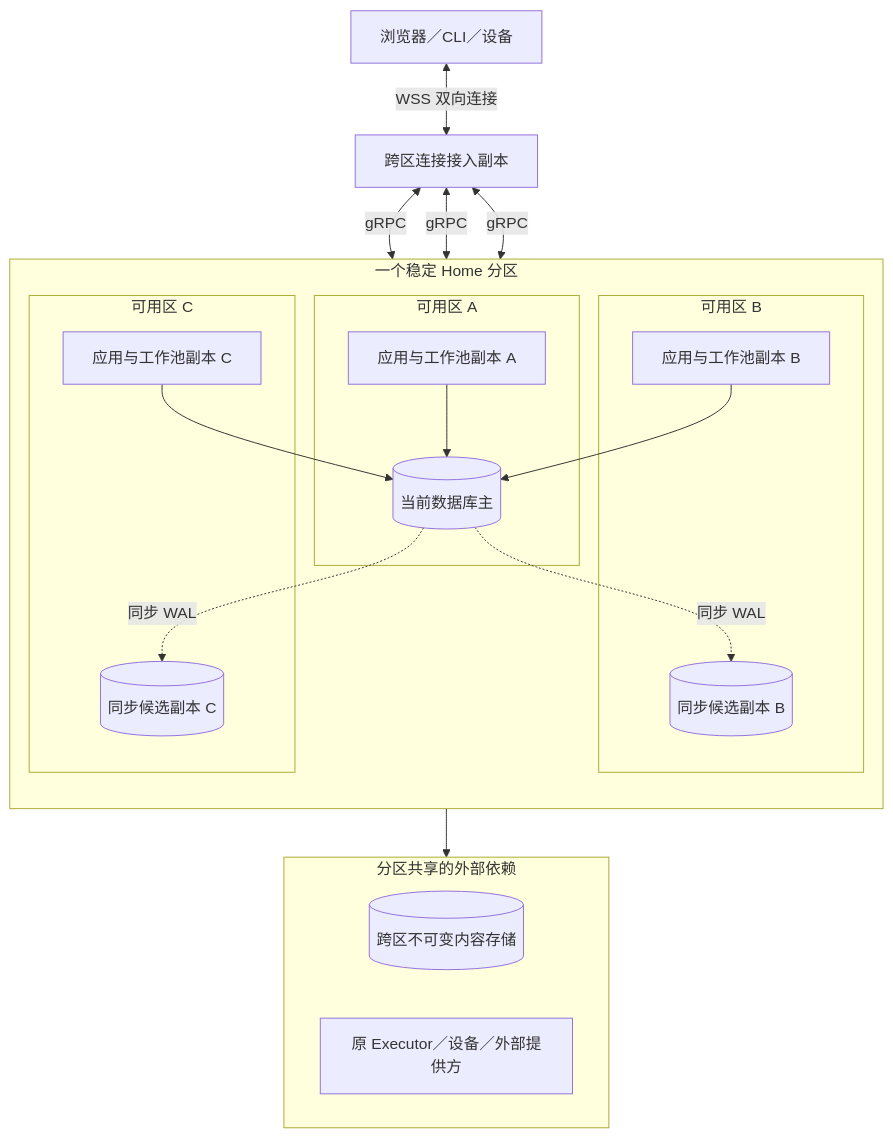
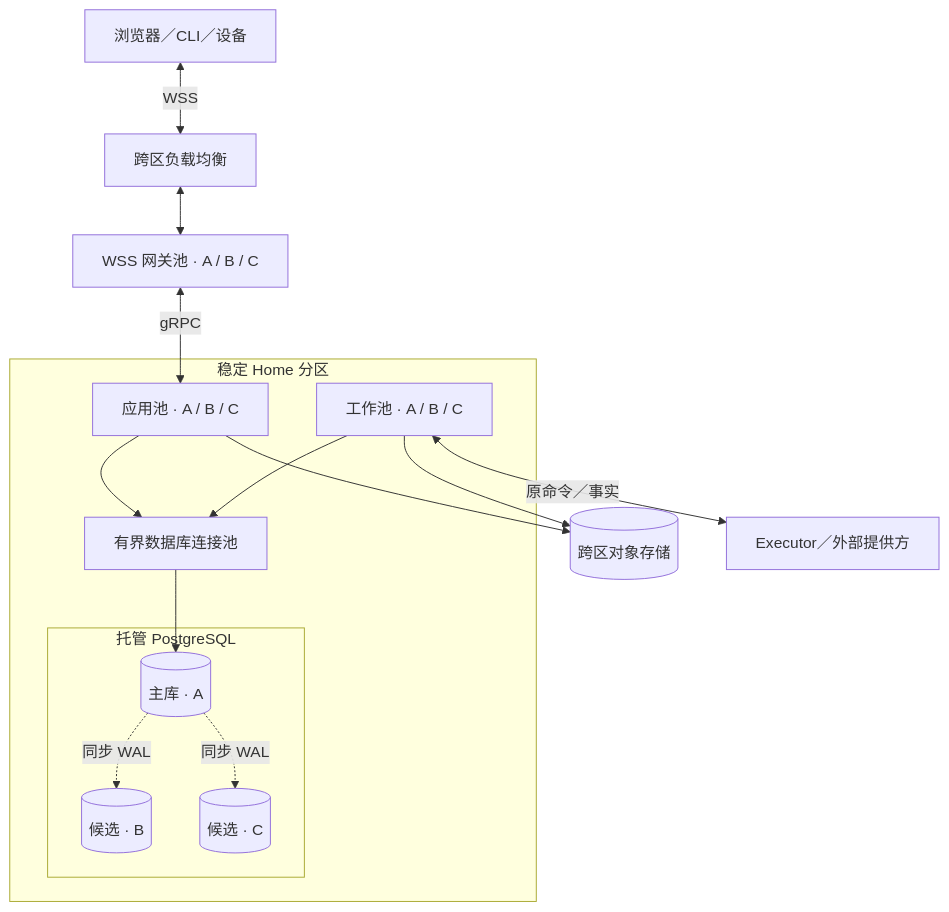
One commit to ruipengliu/lerna changed the first of 5 diagrams in docs/architecture/deployment-production.md. Above: the diagram before and after it, drawn with Mermaid. The commit also changed other lines of this file and 95 other files, not shown here.

Commit message:
docs: define production distributed architecture

````diff
--- a/docs/architecture/deployment-production.md
+++ b/docs/architecture/deployment-production.md
@@ -29,32 +29,24 @@
 ```mermaid
 flowchart TB
-    U[浏览器／CLI／设备] <-->|WSS 双向连接| G[跨区连接接入副本]
-    subgraph H[一个稳定 Home 分区]
-      direction TB
-      subgraph A[可用区 A]
-        A1[应用与工作池副本 A]
-        DB[(当前数据库主)]
+    U[浏览器／CLI／设备] <-->|WSS| L[跨区负载均衡]
+    L <--> G[WSS 网关池 · A / B / C]
+    subgraph H[稳定 Home 分区]
+      A[应用池 · A / B / C]
+      W[工作池 · A / B / C]
+      P[有界数据库连接池]
+      subgraph DB[托管 PostgreSQL]
+        D[(主库 · A)]
+        B[(候选 · B)]
+        C[(候选 · C)]
+        D -.同步 WAL.-> B
+        D -.同步 WAL.-> C
       end
-      subgraph B[可用区 B]
-        B1[应用与工作池副本 B]
-        S1[(同步候选副本 B)]
-      end
-      subgraph C[可用区 C]
-        C1[应用与工作池副本 C]
-        S2[(同步候选副本 C)]
-      end
-      A1 --> DB
-      B1 --> DB
-      C1 --> DB
-      DB -.同步 WAL.-> S1
-      DB -.同步 WAL.-> S2
+      A --> P
+      W --> P
+      P --> D
     end
-    G <-->|gRPC| A1
-    G <-->|gRPC| B1
-    G <-->|gRPC| C1
-    subgraph DEP[分区共享的外部依赖]
-      O[(跨区不可变内容存储)]
-      X[原 Executor／设备／外部提供方]
-    end
-    H --> DEP
+    G <-->|gRPC| A
+    A --> O[(跨区对象存储)]
+    W --> O
+    W <-->|原命令／事实| X[Executor／外部提供方]
 ```
````
